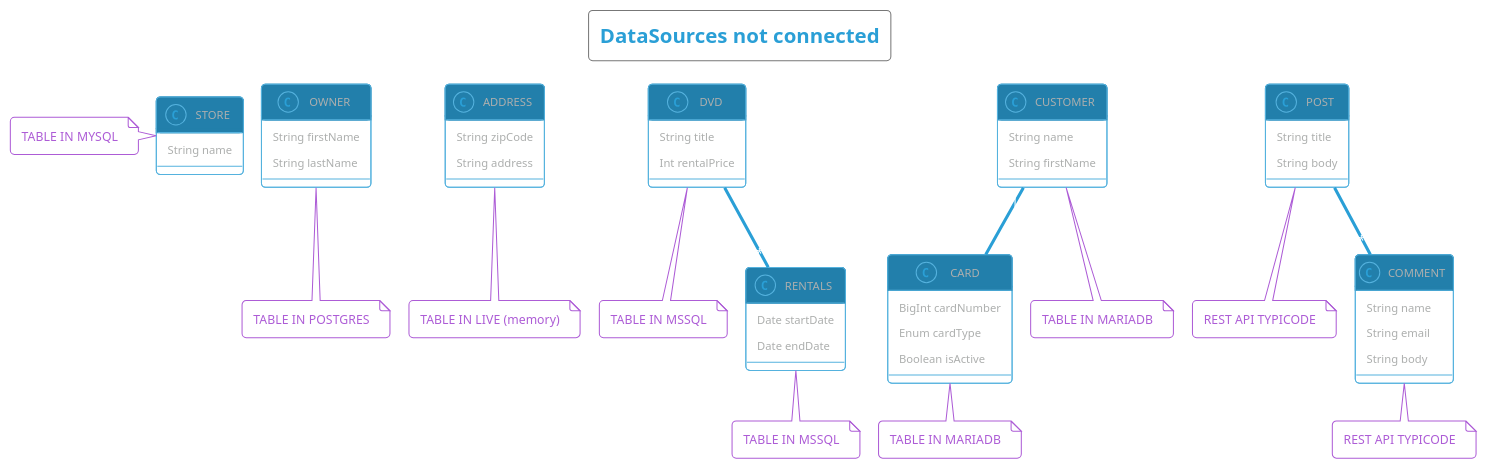
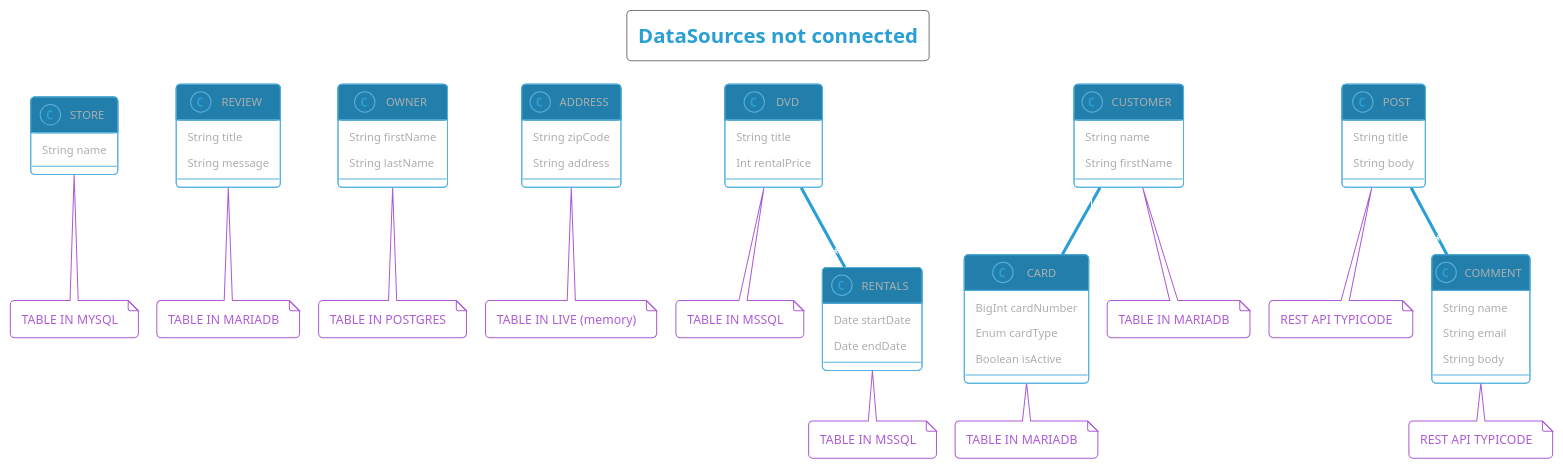
One commit to ForestAdmin/agent-nodejs changed the diagram in packages/_example/datasources.puml. Above: the diagram before and after it, drawn with PlantUML. The commit also changed 7 other files, not shown here.

```diff
--- a/packages/_example/datasources.puml
+++ b/packages/_example/datasources.puml
@@ -1,71 +1,78 @@
 @startuml
 !pragma layout smetana
 !theme cyborg-outline
 
 title: DataSources not connected
 
 class STORE {
   String name
 }
 class STORE
-note left: TABLE IN MYSQL
+note bottom: TABLE IN MYSQL
+
+class REVIEW {
+  String title
+  String message
+}
+class REVIEW
+note bottom: TABLE IN MARIADB
 
 class OWNER {
   String firstName
   String lastName
 }
 class OWNER
 note bottom: TABLE IN POSTGRES
 
 class ADDRESS {
   String zipCode
   String address
 }
 class ADDRESS
 note bottom: TABLE IN LIVE (memory)
 
 class DVD {
   String title
   Int rentalPrice
 }
 class DVD
 note bottom: TABLE IN MSSQL
 
 class RENTALS {
   Date startDate
   Date endDate
 }
 class RENTALS
 note bottom: TABLE IN MSSQL
 
 class CARD {
   BigInt cardNumber
   Enum cardType
   Boolean isActive
 }
 note bottom: TABLE IN MARIADB
 
 class CUSTOMER {
   String name
   String firstName
 }
 note bottom: TABLE IN MARIADB
 
 class POST {
   String title
   String body
 }
 note bottom: REST API TYPICODE
 
 class COMMENT {
   String name
   String email
   String body
 }
 note bottom: REST API TYPICODE
 
 POST "1" -- "*" COMMENT : has
 DVD "*" -- "*" RENTALS : has
 CUSTOMER "1" -- "*" CARD : has
 
 @enduml
```
